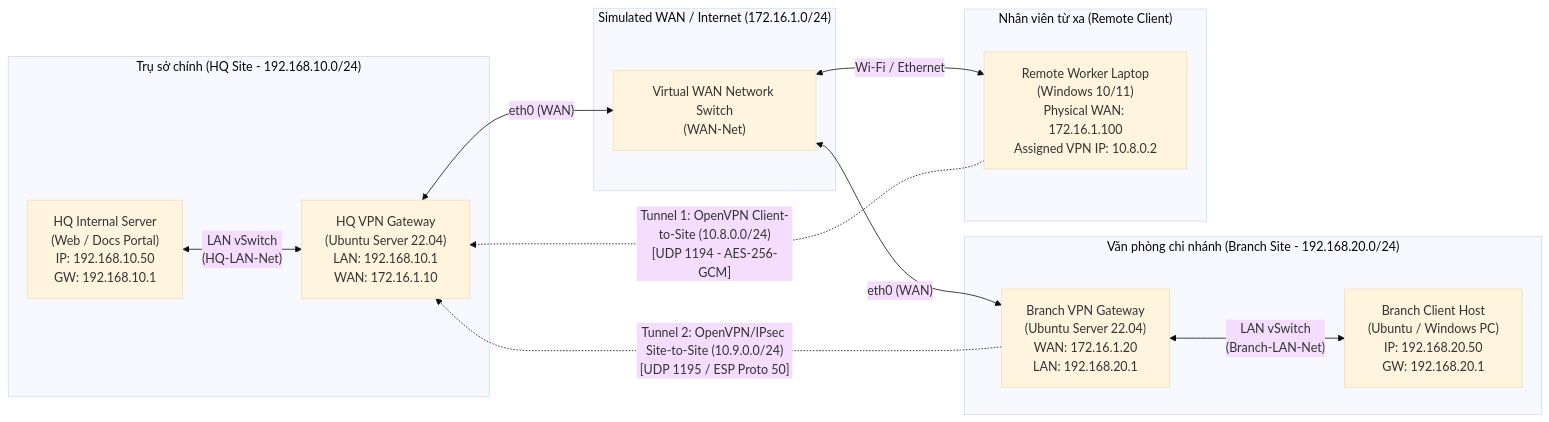
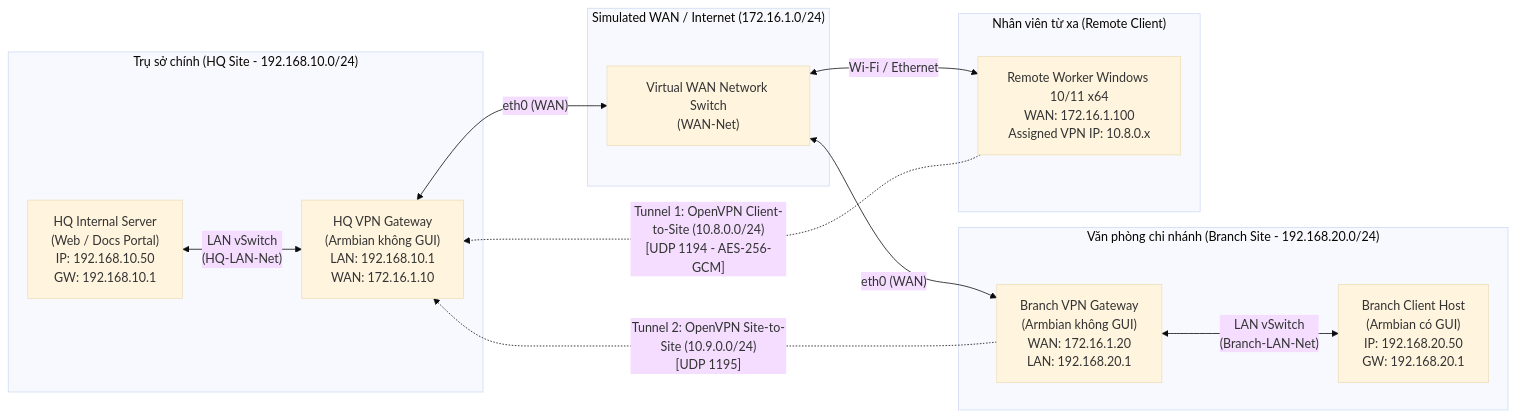
One commit to Sleepy2608/VPN-Site-to-Site-and-Client-to-Site-Implementation changed the diagram in docs/technical-guides/02-network-topology.md. Above: the diagram before and after it, drawn with Mermaid (base theme). The commit also changed other lines of this file and 106 other files, not shown here.

````diff
--- a/docs/technical-guides/02-network-topology.md
+++ b/docs/technical-guides/02-network-topology.md
@@ -13,30 +15,30 @@
 ```mermaid
 flowchart LR
     subgraph HQ_SITE ["Trụ sở chính (HQ Site - 192.168.10.0/24)"]
         HQ_Server["HQ Internal Server\n(Web / Docs Portal)\nIP: 192.168.10.50\nGW: 192.168.10.1"]
-        HQ_GW["HQ VPN Gateway\n(Ubuntu Server 22.04)\nLAN: 192.168.10.1\nWAN: 172.16.1.10"]
+        HQ_GW["HQ VPN Gateway\n(Armbian không GUI)\nLAN: 192.168.10.1\nWAN: 172.16.1.10"]
         HQ_Server <-->|"LAN vSwitch\n(HQ-LAN-Net)"| HQ_GW
     end
 
     subgraph WAN_ENV ["Simulated WAN / Internet (172.16.1.0/24)"]
         WAN_SW["Virtual WAN Network Switch\n(WAN-Net)"]
     end
 
     subgraph BRANCH_SITE ["Văn phòng chi nhánh (Branch Site - 192.168.20.0/24)"]
-        BR_GW["Branch VPN Gateway\n(Ubuntu Server 22.04)\nWAN: 172.16.1.20\nLAN: 192.168.20.1"]
-        BR_PC["Branch Client Host\n(Ubuntu / Windows PC)\nIP: 192.168.20.50\nGW: 192.168.20.1"]
+        BR_GW["Branch VPN Gateway\n(Armbian không GUI)\nWAN: 172.16.1.20\nLAN: 192.168.20.1"]
+        BR_PC["Branch Client Host\n(Armbian có GUI)\nIP: 192.168.20.50\nGW: 192.168.20.1"]
         BR_GW <-->|"LAN vSwitch\n(Branch-LAN-Net)"| BR_PC
     end
 
     subgraph REMOTE_WORKER ["Nhân viên từ xa (Remote Client)"]
-        RW_PC["Remote Worker Laptop\n(Windows 10/11)\nPhysical WAN: 172.16.1.100\nAssigned VPN IP: 10.8.0.2"]
+        RW_PC["Remote Worker Windows 10/11 x64\nWAN: 172.16.1.100\nAssigned VPN IP: 10.8.0.x"]
     end
 
     HQ_GW <-->|"eth0 (WAN)"| WAN_SW
     WAN_SW <-->|"eth0 (WAN)"| BR_GW
     WAN_SW <-->|"Wi-Fi / Ethernet"| RW_PC
 
     %% Đường hầm VPN
     RW_PC -.->|"Tunnel 1: OpenVPN Client-to-Site (10.8.0.0/24)\n[UDP 1194 - AES-256-GCM]"| HQ_GW
-    BR_GW -.->|"Tunnel 2: OpenVPN/IPsec Site-to-Site (10.9.0.0/24)\n[UDP 1195 / ESP Proto 50]"| HQ_GW
+    BR_GW -.->|"Tunnel 2: OpenVPN Site-to-Site (10.9.0.0/24)\n[UDP 1195]"| HQ_GW
 ```
````
